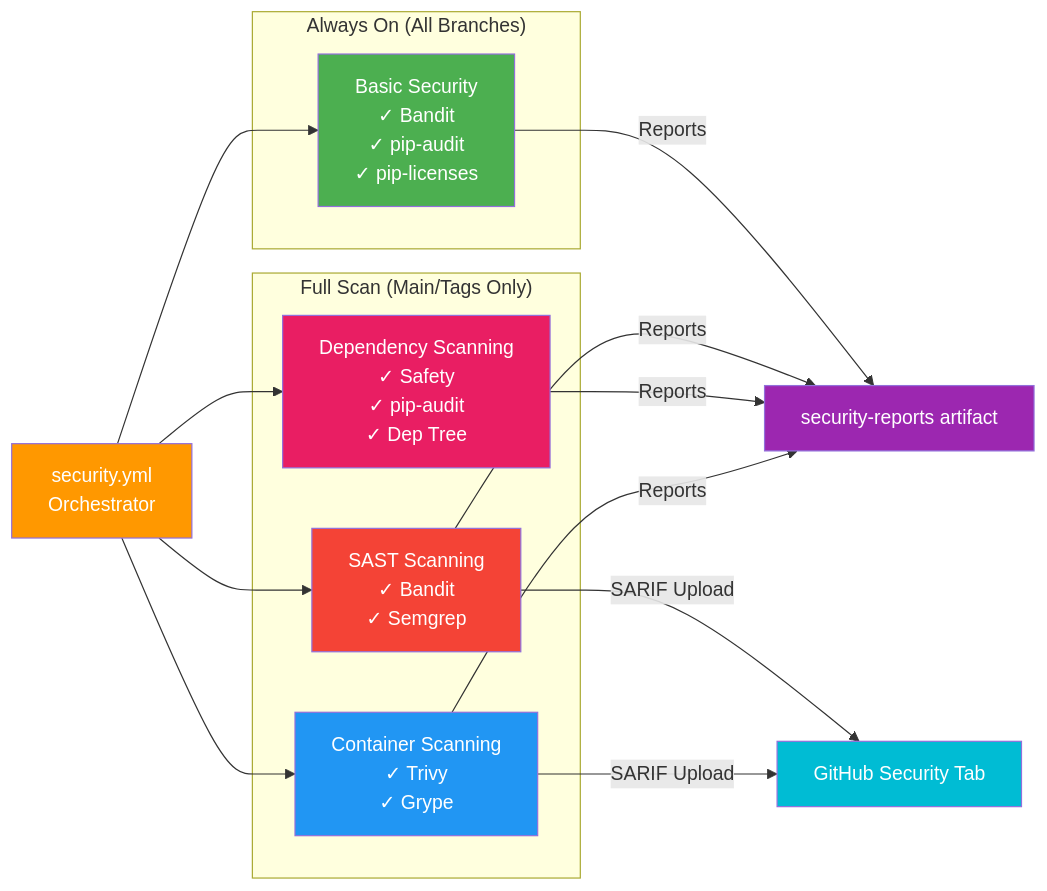
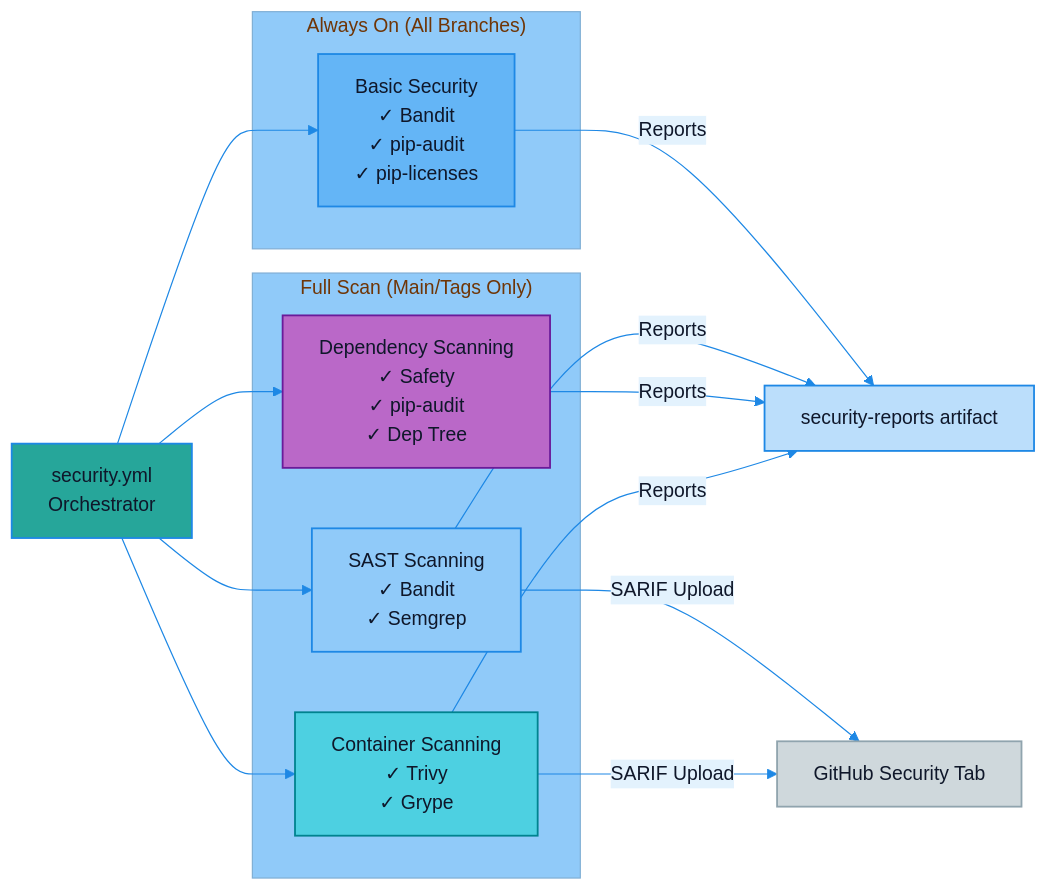
One commit to jim-wyatt/msn-weather-wrapper changed the fourth of 4 diagrams in docs/WORKFLOW_DIAGRAM.md. Above: the diagram before and after it, drawn with Mermaid. The commit also changed other lines of this file and 21 other files, not shown here.

````diff
--- a/docs/WORKFLOW_DIAGRAM.md
+++ b/docs/WORKFLOW_DIAGRAM.md
@@ -195,34 +199,36 @@
 ```mermaid
+%%{init: {'theme': 'base', 'themeVariables': {'primaryColor': '#E3F2FD', 'primaryTextColor': '#0F172A', 'primaryBorderColor': '#1E88E5', 'lineColor': '#1E88E5', 'secondaryColor': '#BBDEFB', 'tertiaryColor': '#90CAF9', 'edgeLabelBackground': '#E3F2FD'}}}%%
 graph LR
     SEC["security.yml<br/>Orchestrator"]
 
     subgraph "Always On (All Branches)"
         BASIC["Basic Security<br/>✓ Bandit<br/>✓ pip-audit<br/>✓ pip-licenses"]
     end
 
     subgraph "Full Scan (Main/Tags Only)"
         SAST["SAST Scanning<br/>✓ Bandit<br/>✓ Semgrep"]
         DEP["Dependency Scanning<br/>✓ Safety<br/>✓ pip-audit<br/>✓ Dep Tree"]
         CONT["Container Scanning<br/>✓ Trivy<br/>✓ Grype"]
     end
 
     SEC --> BASIC
     SEC --> SAST
     SEC --> DEP
     SEC --> CONT
 
     SAST -->|SARIF Upload| GHSEC["GitHub Security Tab"]
     CONT -->|SARIF Upload| GHSEC
     BASIC -->|Reports| REPORTS["security-reports artifact"]
     SAST -->|Reports| REPORTS
     DEP -->|Reports| REPORTS
     CONT -->|Reports| REPORTS
 
-    style SEC fill:#FF9800,color:#fff
-    style BASIC fill:#4CAF50,color:#fff
-    style SAST fill:#F44336,color:#fff
-    style DEP fill:#E91E63,color:#fff
-    style CONT fill:#2196F3,color:#fff
-    style GHSEC fill:#00BCD4,color:#fff
-    style REPORTS fill:#9C27B0,color:#fff
+    %% Muted palette consistent with site blues
+    style SEC fill:#26A69A,stroke:#1E88E5,stroke-width:1.5px,color:#0F172A
+    style BASIC fill:#64B5F6,stroke:#1E88E5,stroke-width:1.5px,color:#0F172A
+    style SAST fill:#90CAF9,stroke:#1E88E5,stroke-width:1.5px,color:#0F172A
+    style DEP fill:#BA68C8,stroke:#6A1B9A,stroke-width:1.5px,color:#0F172A
+    style CONT fill:#4DD0E1,stroke:#00838F,stroke-width:1.5px,color:#0F172A
+    style GHSEC fill:#CFD8DC,stroke:#90A4AE,stroke-width:1.5px,color:#0F172A
+    style REPORTS fill:#BBDEFB,stroke:#1E88E5,stroke-width:1.5px,color:#0F172A
 ```
````
